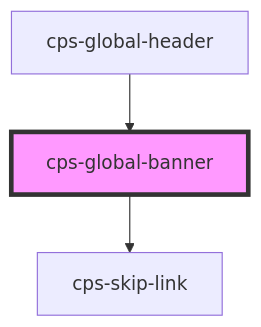
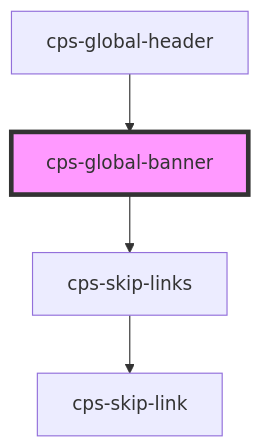
The diagram in packages/cps-global-components/src/components/cps-global-banner/readme.md (CPS-Innovation/global-components), drawn with Mermaid before and after one commit. The commit also changed other lines of this file and 18 other files, not shown here.

Commit message:
#FCT2-19560 - add skip links for search and list areas of screens

````diff
--- a/packages/cps-global-components/src/components/cps-global-banner/readme.md
+++ b/packages/cps-global-components/src/components/cps-global-banner/readme.md
@@ -19,6 +19,7 @@
 ```mermaid
 graph TD;
-  cps-global-banner --> cps-skip-link
+  cps-global-banner --> cps-skip-links
+  cps-skip-links --> cps-skip-link
   cps-global-header --> cps-global-banner
   style cps-global-banner fill:#f9f,stroke:#333,stroke-width:4px
 ```
````
